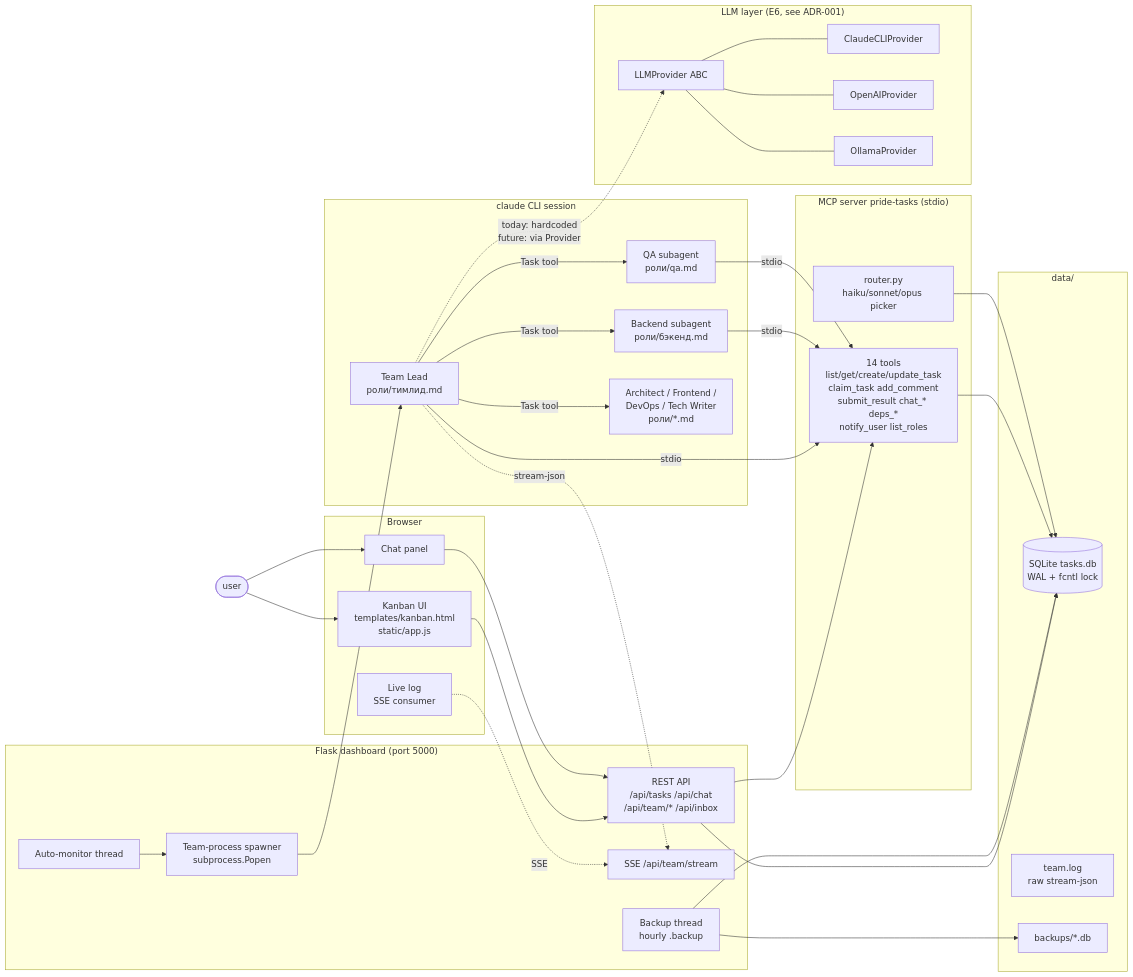
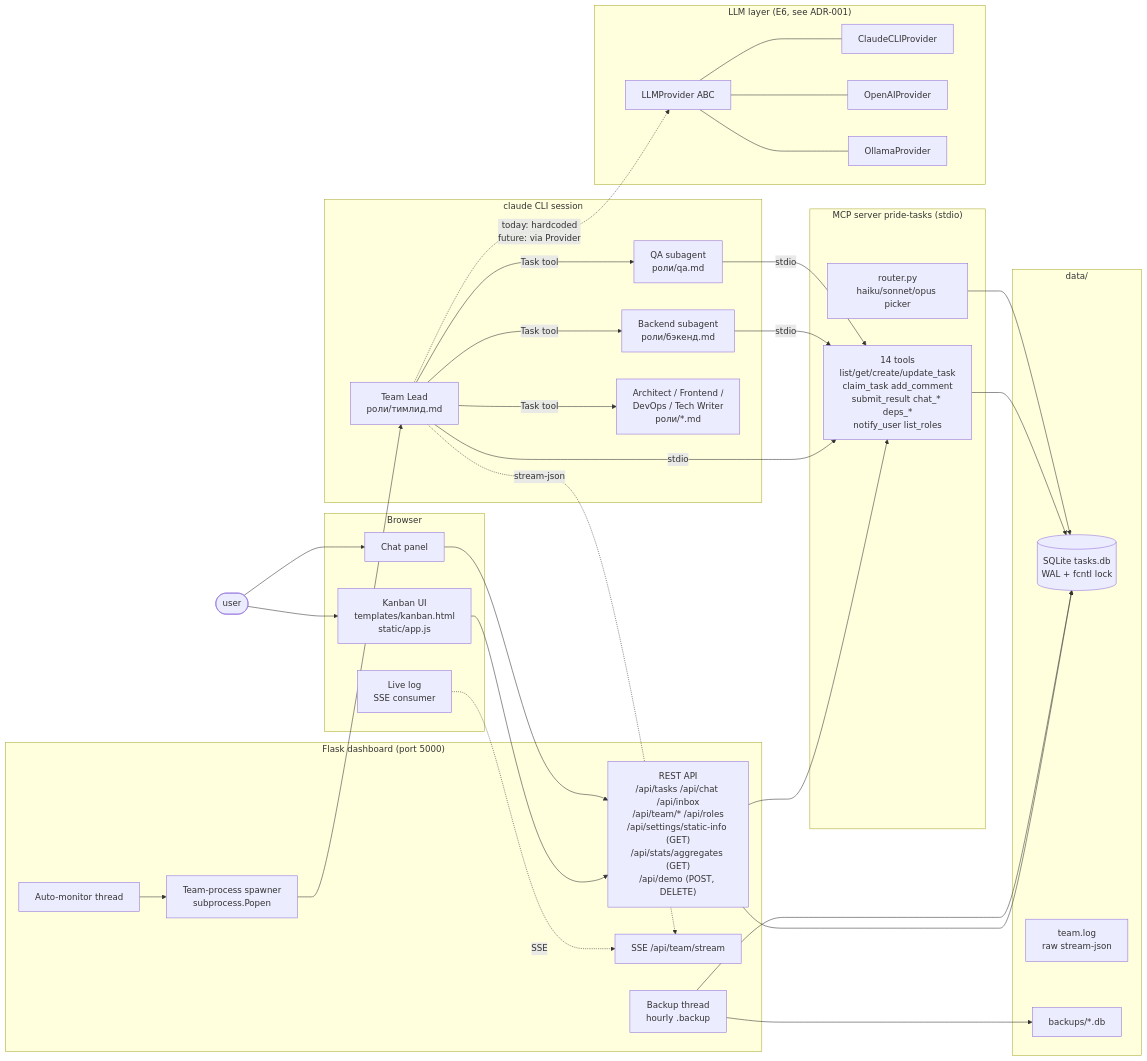
One commit to rdm9x/devboard changed the first of 4 diagrams in ARCHITECTURE.md. Above: the diagram before and after it, drawn with Mermaid. The commit also changed other lines of this file and 32 other files, not shown here.

````diff
--- a/ARCHITECTURE.md
+++ b/ARCHITECTURE.md
@@ -51,68 +51,68 @@
 ```mermaid
 graph LR
     User([user])
 
     subgraph Browser
         Kanban[Kanban UI<br/>templates/kanban.html<br/>static/app.js]
         Chat[Chat panel]
         LiveLog[Live log<br/>SSE consumer]
     end
 
     subgraph Flask["Flask dashboard (port 5000)"]
-        REST["REST API<br/>/api/tasks /api/chat<br/>/api/team/* /api/inbox"]
+        REST["REST API<br/>/api/tasks /api/chat /api/inbox<br/>/api/team/* /api/roles<br/>/api/settings/static-info (GET)<br/>/api/stats/aggregates (GET)<br/>/api/demo (POST, DELETE)"]
         SSE["SSE /api/team/stream"]
         Spawner[Team-process spawner<br/>subprocess.Popen]
         AutoMon[Auto-monitor thread]
         Backup[Backup thread<br/>hourly .backup]
     end
 
     subgraph Storage["data/"]
         DB[(SQLite tasks.db<br/>WAL + fcntl lock)]
         Log[team.log<br/>raw stream-json]
         Backups[backups/*.db]
     end
 
     subgraph Agents["claude CLI session"]
         Lead[Team Lead<br/>роли/тимлид.md]
         SubBE[Backend subagent<br/>роли/бэкенд.md]
         SubQA[QA subagent<br/>роли/qa.md]
         SubOpt[Architect / Frontend /<br/>DevOps / Tech Writer<br/>роли/*.md]
     end
 
     subgraph MCP["MCP server pride-tasks (stdio)"]
         Tools[14 tools<br/>list/get/create/update_task<br/>claim_task add_comment<br/>submit_result chat_* deps_*<br/>notify_user list_roles]
         Router[router.py<br/>haiku/sonnet/opus picker]
     end
 
     subgraph LLM["LLM layer (E6, see ADR-001)"]
         Provider[LLMProvider ABC]
         Claude[ClaudeCLIProvider]
         OpenAI[OpenAIProvider]
         Ollama[OllamaProvider]
     end
 
     User --> Kanban
     User --> Chat
     Kanban --> REST
     Chat --> REST
     LiveLog -.SSE.-> SSE
     REST --> Tools
     REST --> DB
     Spawner --> Lead
     AutoMon --> Spawner
     Backup --> Backups
     Backup --> DB
     Lead -- "Task tool" --> SubBE
     Lead -- "Task tool" --> SubQA
     Lead -- "Task tool" --> SubOpt
     Lead -- "stdio" --> Tools
     SubBE -- "stdio" --> Tools
     SubQA -- "stdio" --> Tools
     Tools --> DB
     Router --> DB
     Lead -.stream-json.-> SSE
     Provider --- Claude
     Provider --- OpenAI
     Provider --- Ollama
     Lead -. "today: hardcoded<br/>future: via Provider" .-> Provider
 ```
````
